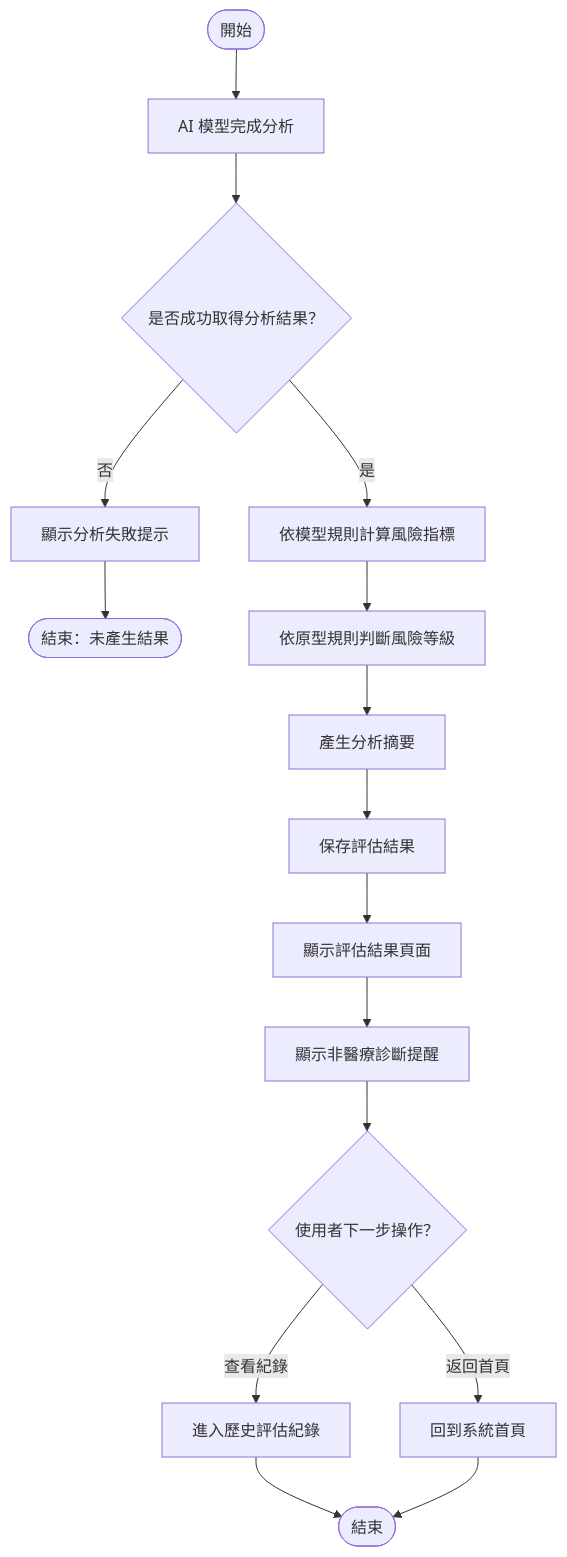
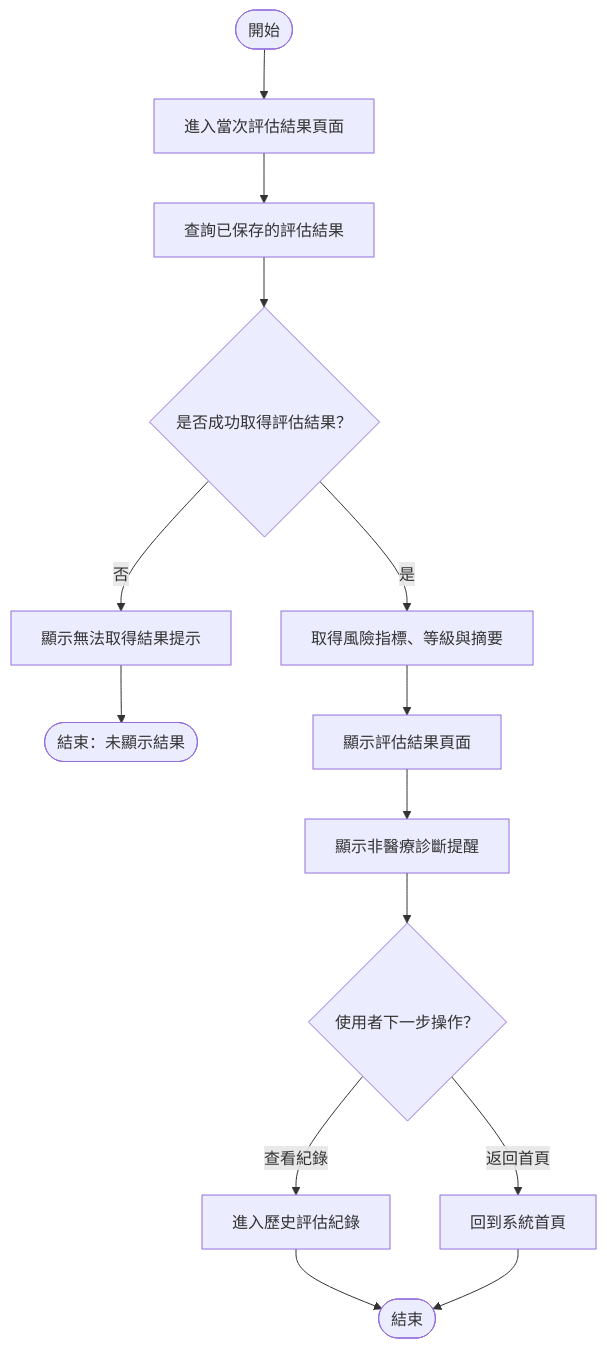
Before and after one commit to c113118216/115-b-team: the ninth of 10 diagrams in team_04.md, drawn with Mermaid. The commit also changed other lines of this file, not shown here.

````diff
--- a/team_04.md
+++ b/team_04.md
@@ -660,23 +672,21 @@
 ```mermaid
 flowchart TD
-    START([開始]) --> A1["AI 模型完成分析"]
-    A1 --> D1{"是否成功取得分析結果？"}
+    START([開始]) --> A1["進入當次評估結果頁面"]
+    A1 --> A2["查詢已保存的評估結果"]
+    A2 --> D1{"是否成功取得評估結果？"}
 
-    D1 -- 否 --> E1["顯示分析失敗提示"]
-    E1 --> END1([結束：未產生結果])
+    D1 -- 否 --> E1["顯示無法取得結果提示"]
+    E1 --> END1([結束：未顯示結果])
 
-    D1 -- 是 --> A2["依模型規則計算風險指標"]
-    A2 --> A3["依原型規則判斷風險等級"]
-    A3 --> A4["產生分析摘要"]
-    A4 --> A5["保存評估結果"]
-    A5 --> A6["顯示評估結果頁面"]
-    A6 --> A7["顯示非醫療診斷提醒"]
+    D1 -- 是 --> A3["取得風險指標、等級與摘要"]
+    A3 --> A4["顯示評估結果頁面"]
+    A4 --> A5["顯示非醫療診斷提醒"]
 
-    A7 --> D2{"使用者下一步操作？"}
+    A5 --> D2{"使用者下一步操作？"}
 
-    D2 -- 查看紀錄 --> A8["進入歷史評估紀錄"]
-    D2 -- 返回首頁 --> A9["回到系統首頁"]
+    D2 -- 查看紀錄 --> A6["進入歷史評估紀錄"]
+    D2 -- 返回首頁 --> A7["回到系統首頁"]
 
-    A8 --> END2([結束])
-    A9 --> END2
+    A6 --> END2([結束])
+    A7 --> END2
 ```
````
